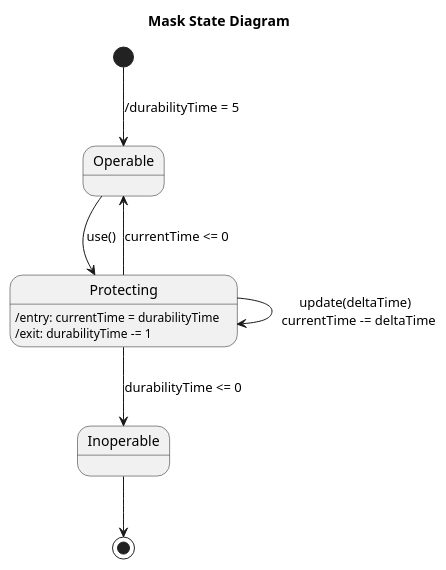
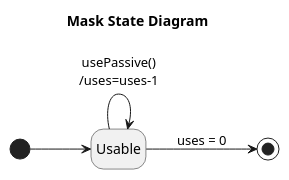
Before and after one commit to sn4k3ch4rm3r/logarlec: the diagram in docs/diagrams/state/mask-state.puml, drawn with PlantUML. The commit also changed 9 other files, not shown here.

```diff
--- a/docs/diagrams/state/mask-state.puml
+++ b/docs/diagrams/state/mask-state.puml
@@ -1,13 +1,9 @@
 @startuml mask
+left to right direction
 title Mask State Diagram
-
-[*] --> Operable: /durabilityTime = 5
-Operable --> Protecting: use()
-Protecting --> Protecting: update(deltaTime) \n currentTime -= deltaTime
-Protecting --> Operable: currentTime <= 0
-Protecting --> Inoperable: durabilityTime <= 0
-Inoperable --> [*]
-
-
-Protecting: /entry: currentTime = durabilityTime \n/exit: durabilityTime -= 1
+hide empty description
+ 
+[*] --> Usable
+Usable --> Usable : usePassive()\n/uses=uses-1
+Usable --> [*] : uses = 0
 @enduml
```
